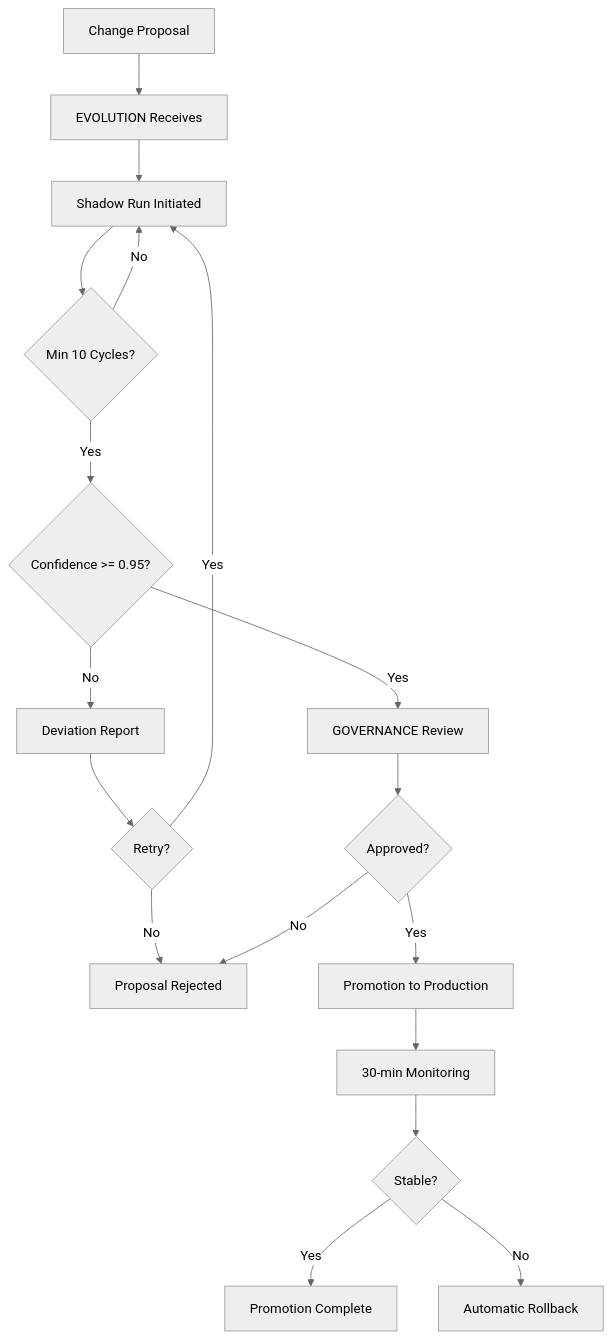
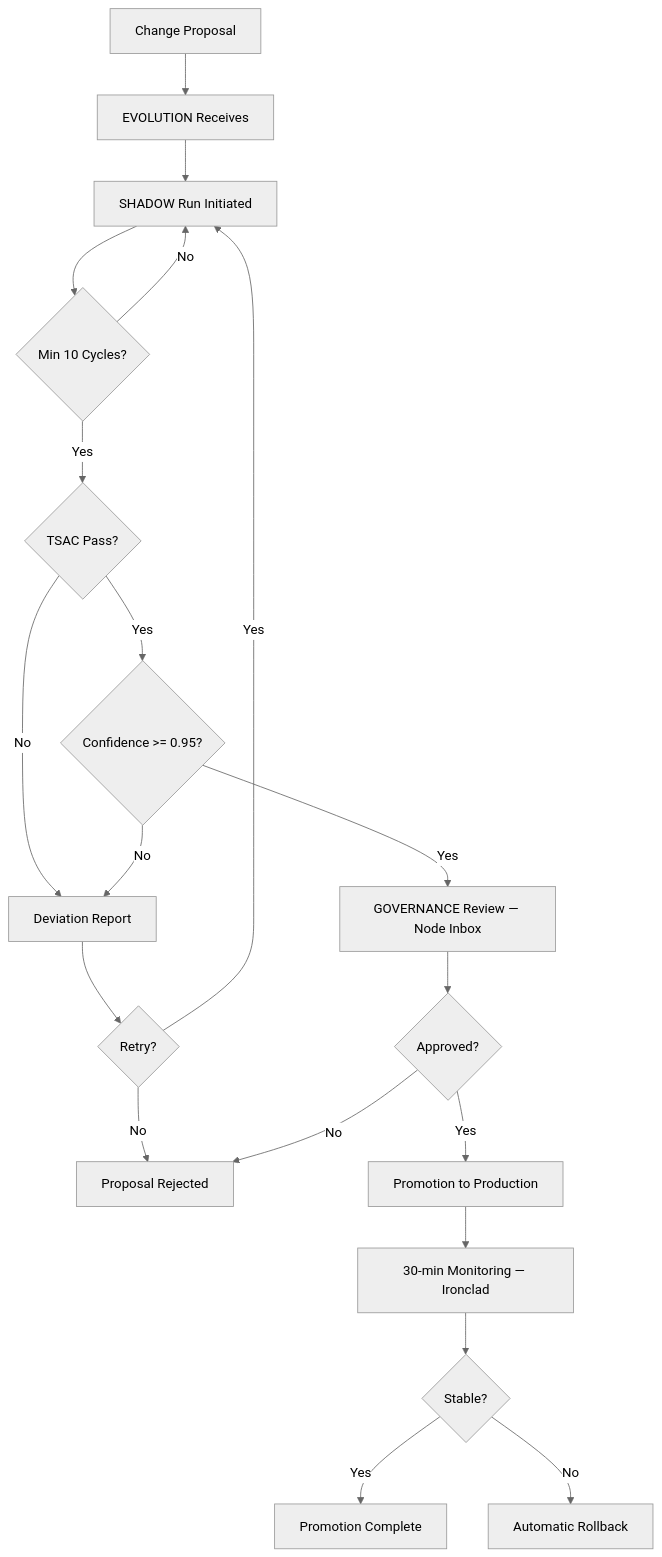
The diagram in docs/05-evolution-versioning/evolution-and-versioning-framework.md (SweetKenneth/cmpsbl), drawn with Mermaid (neutral theme) before and after one commit. The commit also changed other lines of this file and 3 other files, not shown here.

````diff
--- a/docs/05-evolution-versioning/evolution-and-versioning-framework.md
+++ b/docs/05-evolution-versioning/evolution-and-versioning-framework.md
@@ -88,20 +142,22 @@
 ```mermaid
 graph TD
     A[Change Proposal] --> B[EVOLUTION Receives]
-    B --> C[Shadow Run Initiated]
+    B --> C[SHADOW Run Initiated]
     C --> D{Min 10 Cycles?}
     D -- No --> C
-    D -- Yes --> E{Confidence >= 0.95?}
+    D -- Yes --> E{TSAC Pass?}
     E -- No --> F[Deviation Report]
-    F --> G{Retry?}
-    G -- Yes --> C
-    G -- No --> H[Proposal Rejected]
-    E -- Yes --> I[GOVERNANCE Review]
-    I --> J{Approved?}
-    J -- No --> H
-    J -- Yes --> K[Promotion to Production]
-    K --> L[30-min Monitoring]
-    L --> M{Stable?}
-    M -- Yes --> N[Promotion Complete]
-    M -- No --> O[Automatic Rollback]
+    E -- Yes --> G{Confidence >= 0.95?}
+    G -- No --> F
+    F --> H{Retry?}
+    H -- Yes --> C
+    H -- No --> I[Proposal Rejected]
+    G -- Yes --> J[GOVERNANCE Review — Node Inbox]
+    J --> K{Approved?}
+    K -- No --> I
+    K -- Yes --> L[Promotion to Production]
+    L --> M[30-min Monitoring — Ironclad]
+    M --> N{Stable?}
+    N -- Yes --> O[Promotion Complete]
+    N -- No --> P[Automatic Rollback]
 ```
````
